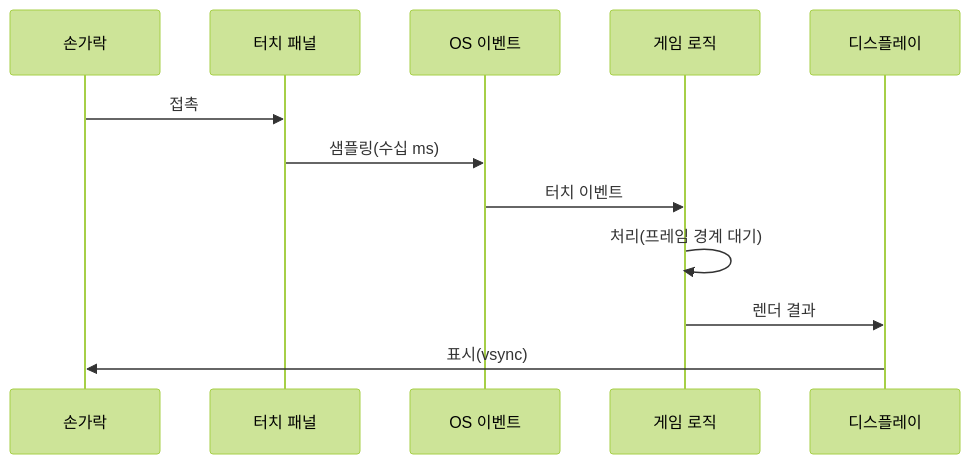
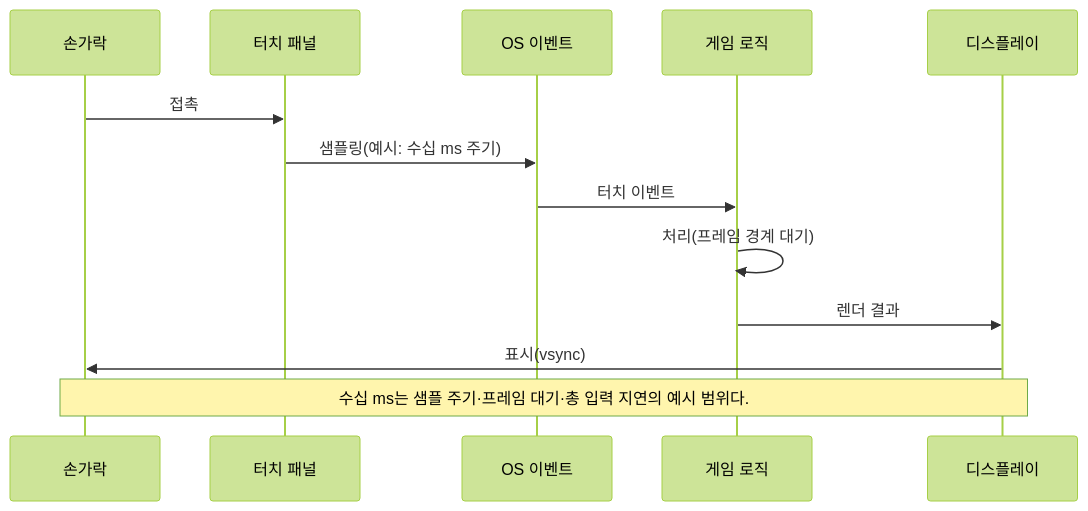
The sixth of 8 diagrams in platform/part01_mobile.md (Rein-ArXiv/game-dev-curriculum), drawn with Mermaid (forest theme) before and after one commit. The commit also changed other lines of this file and 279 other files, not shown here.

````diff
--- a/platform/part01_mobile.md
+++ b/platform/part01_mobile.md
@@ -353,14 +371,15 @@
 ```mermaid
 sequenceDiagram
     participant F as 손가락
     participant T as 터치 패널
     participant OS as OS 이벤트
     participant G as 게임 로직
     participant D as 디스플레이
     F->>T: 접촉
-    T->>OS: 샘플링(수십 ms)
+    T->>OS: 샘플링(예시: 수십 ms 주기)
     OS->>G: 터치 이벤트
     G->>G: 처리(프레임 경계 대기)
     G->>D: 렌더 결과
     D->>F: 표시(vsync)
+    Note over F,D: 수십 ms는 샘플 주기·프레임 대기·총 입력 지연의 예시 범위다.
 ```
````
